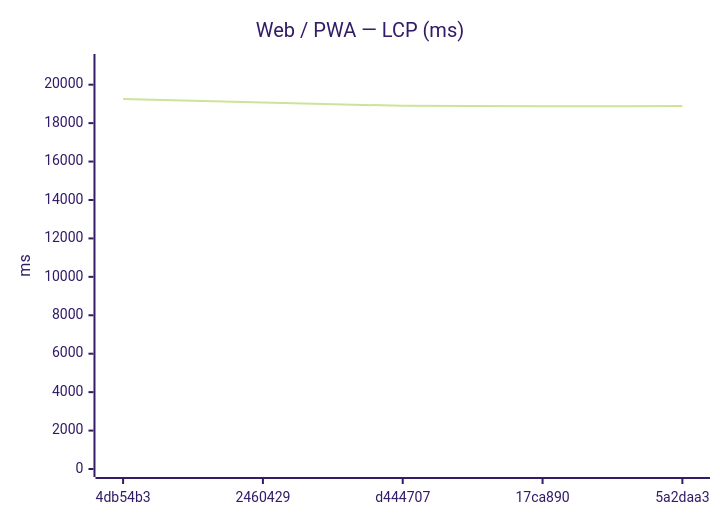
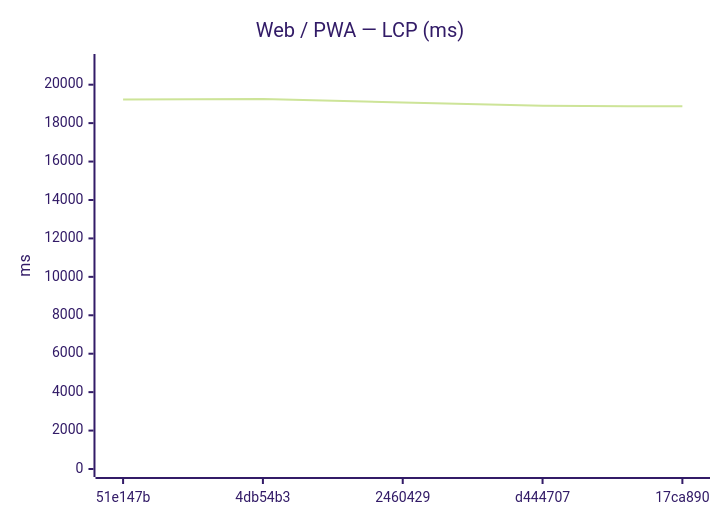
Before and after one commit to Metaheurist/Rianell: the seventh of 18 diagrams in benchmarks/compare.md, drawn with Mermaid (forest theme). The commit also changed other lines of this file and 11 other files, not shown here.

````diff
--- a/benchmarks/compare.md
+++ b/benchmarks/compare.md
@@ -117,7 +117,7 @@
 ```mermaid
 xychart-beta
     title "Web / PWA — LCP (ms)"
-    x-axis ["4db54b3", "2460429", "d444707", "17ca890", "5a2daa3"]
+    x-axis ["51e147b", "4db54b3", "2460429", "d444707", "17ca890"]
     y-axis "ms" 0 --> 21181
-    line [19255, 19076, 18898, 18874, 18888]
+    line [19227, 19255, 19076, 18898, 18874]
 ```
````
